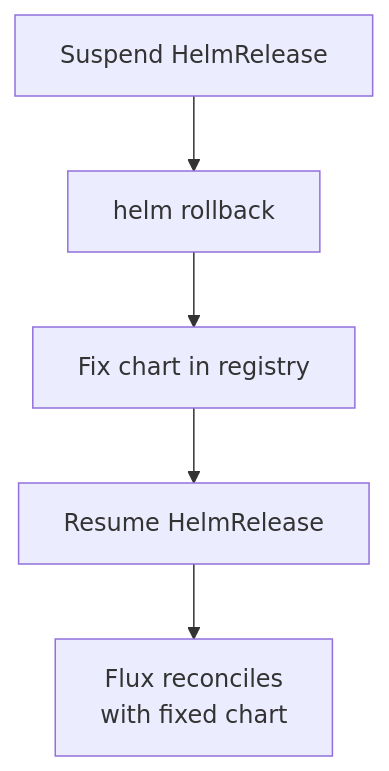
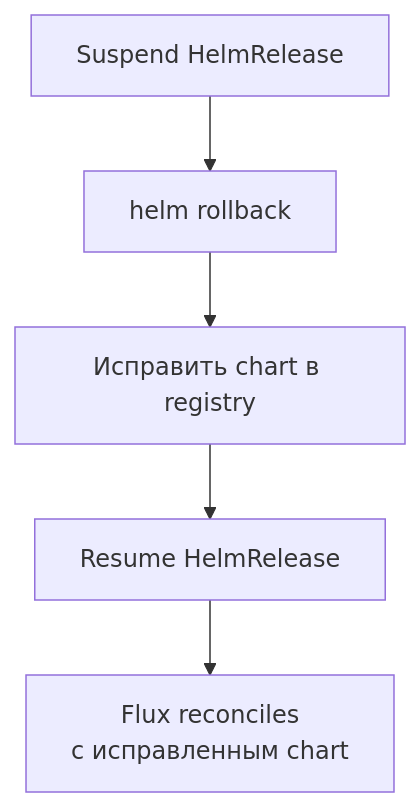
One commit to katamarina-ru/cozystack-website changed the seventh of 9 diagrams in content/en/docs/v1.3/guides/concepts.md. Above: the diagram before and after it, drawn with Mermaid. The commit also changed other lines of this file and 55 other files, not shown here.

````diff
--- a/content/en/docs/v1.3/guides/concepts.md
+++ b/content/en/docs/v1.3/guides/concepts.md
@@ -251,10 +251,10 @@
 ```mermaid
 flowchart TD
     S1["Suspend HelmRelease"]
     S2["helm rollback"]
-    S3["Fix chart in registry"]
+    S3["Исправить chart в registry"]
     S4["Resume HelmRelease"]
-    S5["Flux reconciles<br/>with fixed chart"]
+    S5["Flux reconciles<br/>с исправленным chart"]
 
     S1 --> S2 --> S3 --> S4 --> S5
 ```
````
